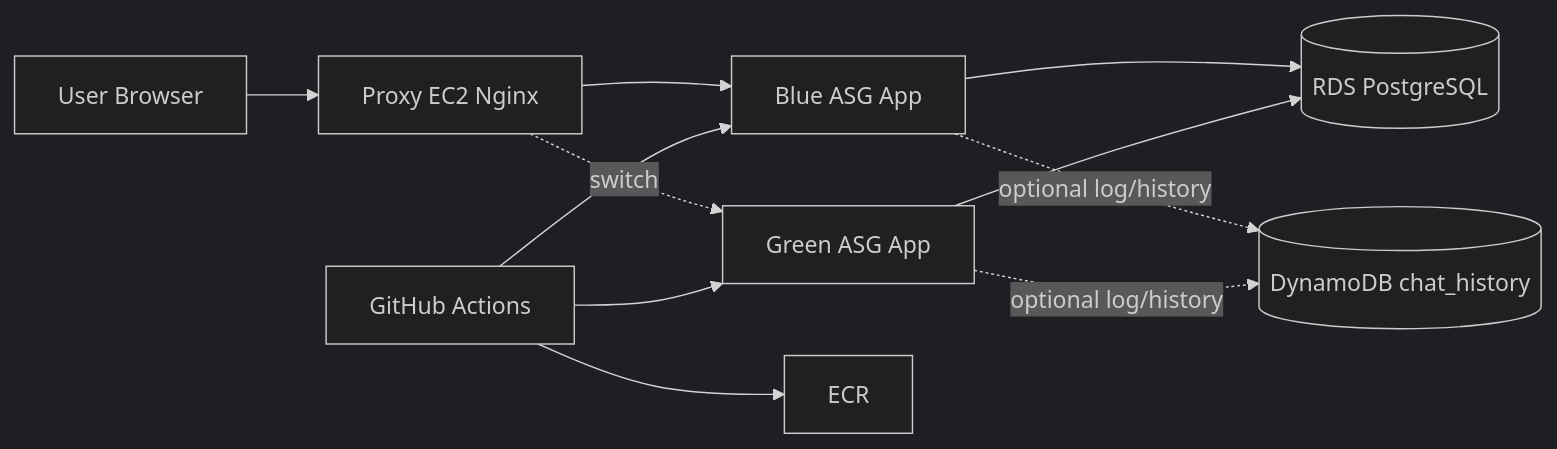
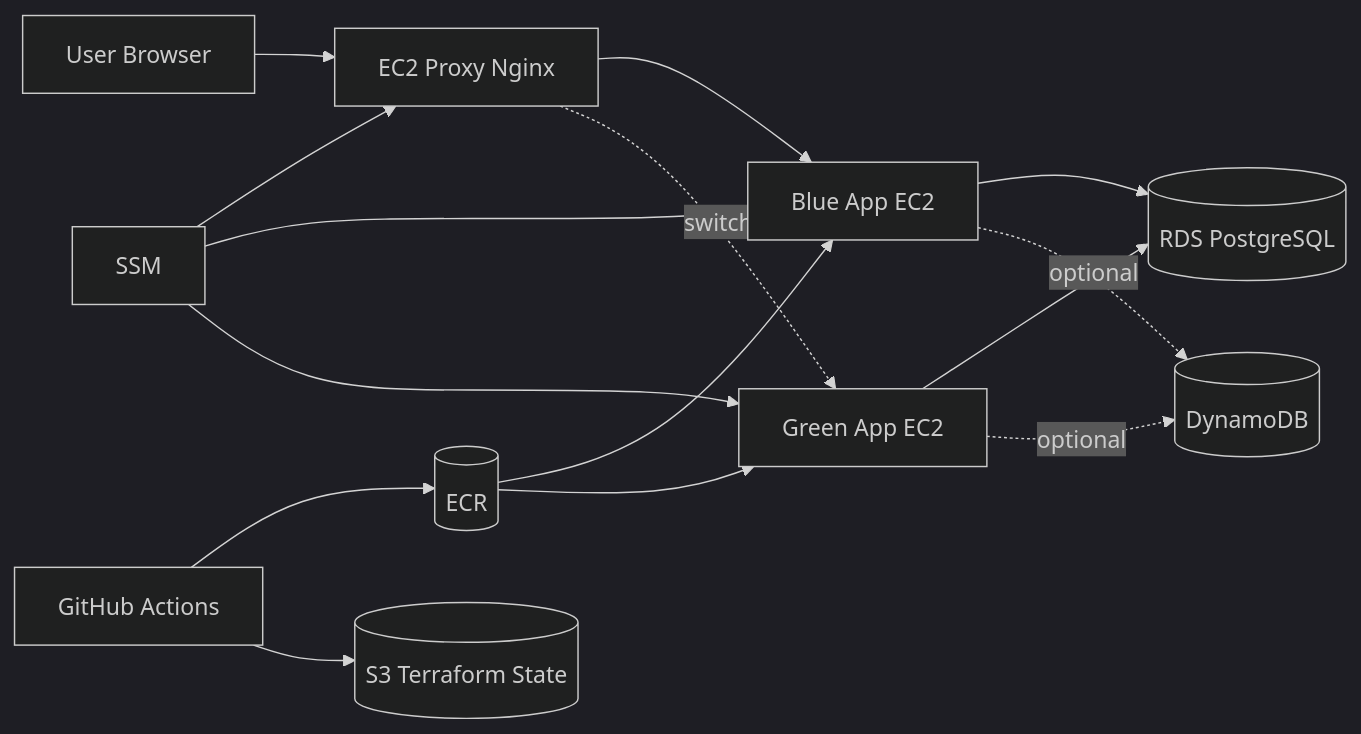
Before and after one commit to AWS-Project-MUGANG/junseo: the first of 4 diagrams in README.md, drawn with Mermaid (dark theme). The commit also changed other lines of this file, not shown here.

````diff
--- a/README.md
+++ b/README.md
@@ -271,22 +296,19 @@
 ```mermaid
 flowchart LR
-    USER[User Browser]
-    PROXY[Proxy EC2 Nginx]
-    BLUE[Blue ASG App]
-    GREEN[Green ASG App]
-    RDS[(RDS PostgreSQL)]
-    DDB[(DynamoDB chat_history)]
-    ECR[ECR]
-    GH[GitHub Actions]
+    USER[User Browser] --> PROXY[EC2 Proxy Nginx]
+    PROXY --> BLUE[Blue App EC2]
+    PROXY -. switch .-> GREEN[Green App EC2]
 
-    USER --> PROXY
-    PROXY --> BLUE
-    PROXY -. switch .-> GREEN
-    BLUE --> RDS
+    BLUE --> RDS[(RDS PostgreSQL)]
     GREEN --> RDS
-    BLUE -. optional log/history .-> DDB
-    GREEN -. optional log/history .-> DDB
-    GH --> ECR
-    GH --> BLUE
-    GH --> GREEN
+    BLUE -. optional .-> DDB[(DynamoDB)]
+    GREEN -. optional .-> DDB
+
+    GHA[GitHub Actions] --> ECR[(ECR)]
+    GHA --> S3[(S3 Terraform State)]
+    ECR --> BLUE
+    ECR --> GREEN
+    SSM[SSM] --> PROXY
+    SSM --> BLUE
+    SSM --> GREEN
 ```
````
